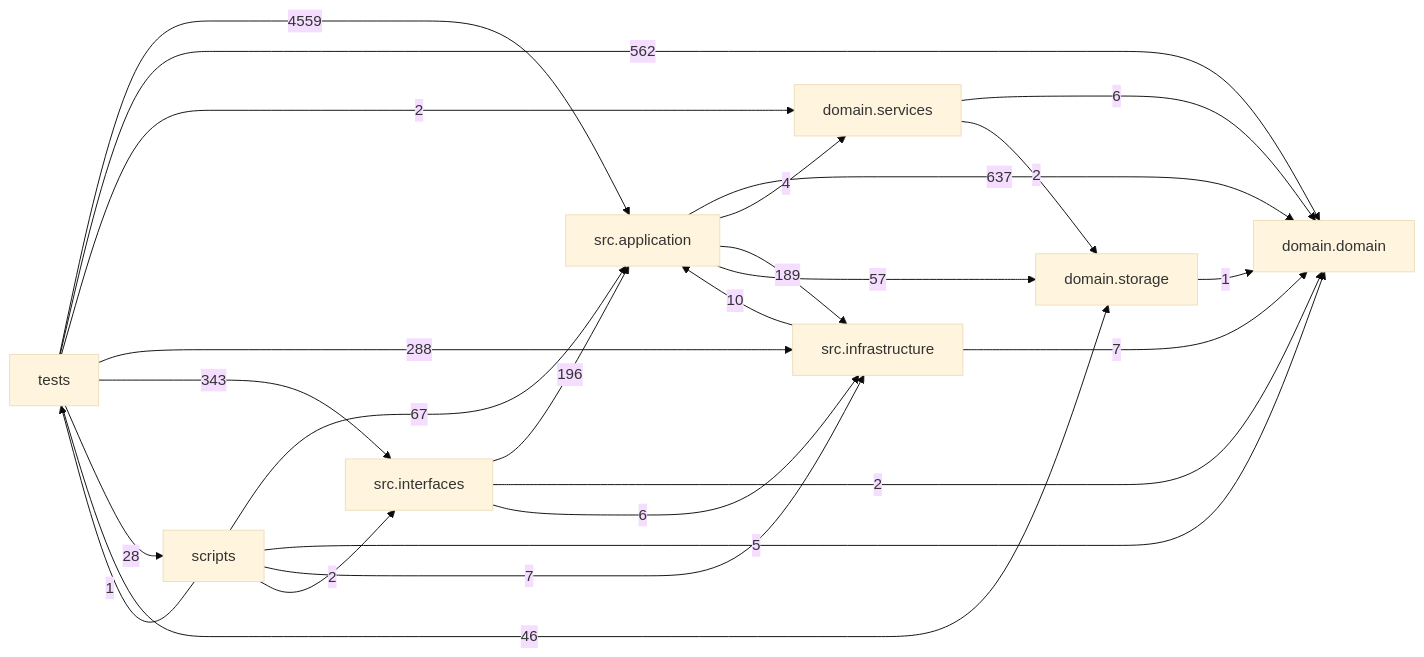
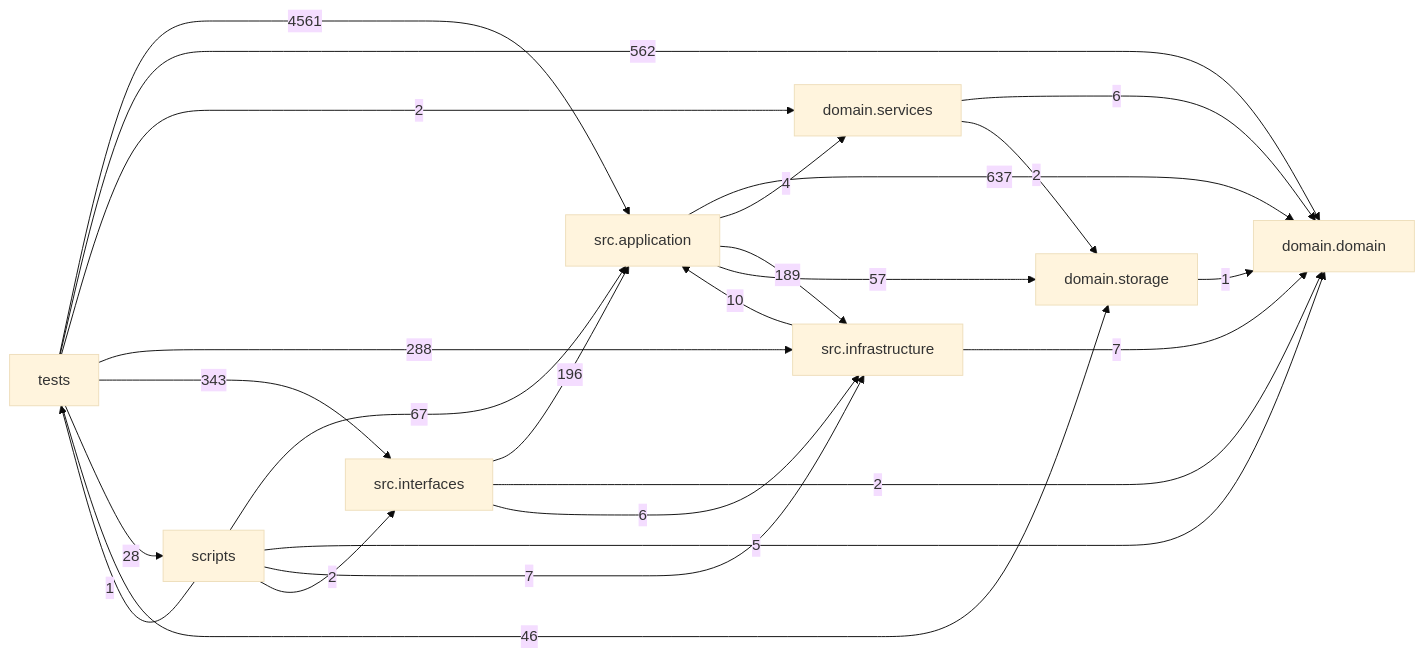
Before and after one commit to liuxie066/options-monitor: the diagram in docs/DEPENDENCY_GRAPH.md, drawn with Mermaid (base theme). The commit also changed other lines of this file and 1 other file, not shown here.

````diff
--- a/docs/DEPENDENCY_GRAPH.md
+++ b/docs/DEPENDENCY_GRAPH.md
@@ -24,35 +24,35 @@
 ```mermaid
 flowchart LR
   tests["tests"]
   scripts["scripts"]
   interfaces["src.interfaces"]
   application["src.application"]
   infrastructure["src.infrastructure"]
   domain_services["domain.services"]
   domain["domain.domain"]
   storage["domain.storage"]
   application -->|637| domain
   application -->|4| domain_services
   application -->|189| infrastructure
   application -->|57| storage
   domain_services -->|6| domain
   domain_services -->|2| storage
   infrastructure -->|10| application
   infrastructure -->|7| domain
   interfaces -->|196| application
   interfaces -->|2| domain
   interfaces -->|6| infrastructure
   scripts -->|67| application
   scripts -->|5| domain
   scripts -->|7| infrastructure
   scripts -->|2| interfaces
   scripts -->|1| tests
   storage -->|1| domain
-  tests -->|4559| application
+  tests -->|4561| application
   tests -->|562| domain
   tests -->|2| domain_services
   tests -->|288| infrastructure
   tests -->|343| interfaces
   tests -->|28| scripts
   tests -->|46| storage
 ```
````
